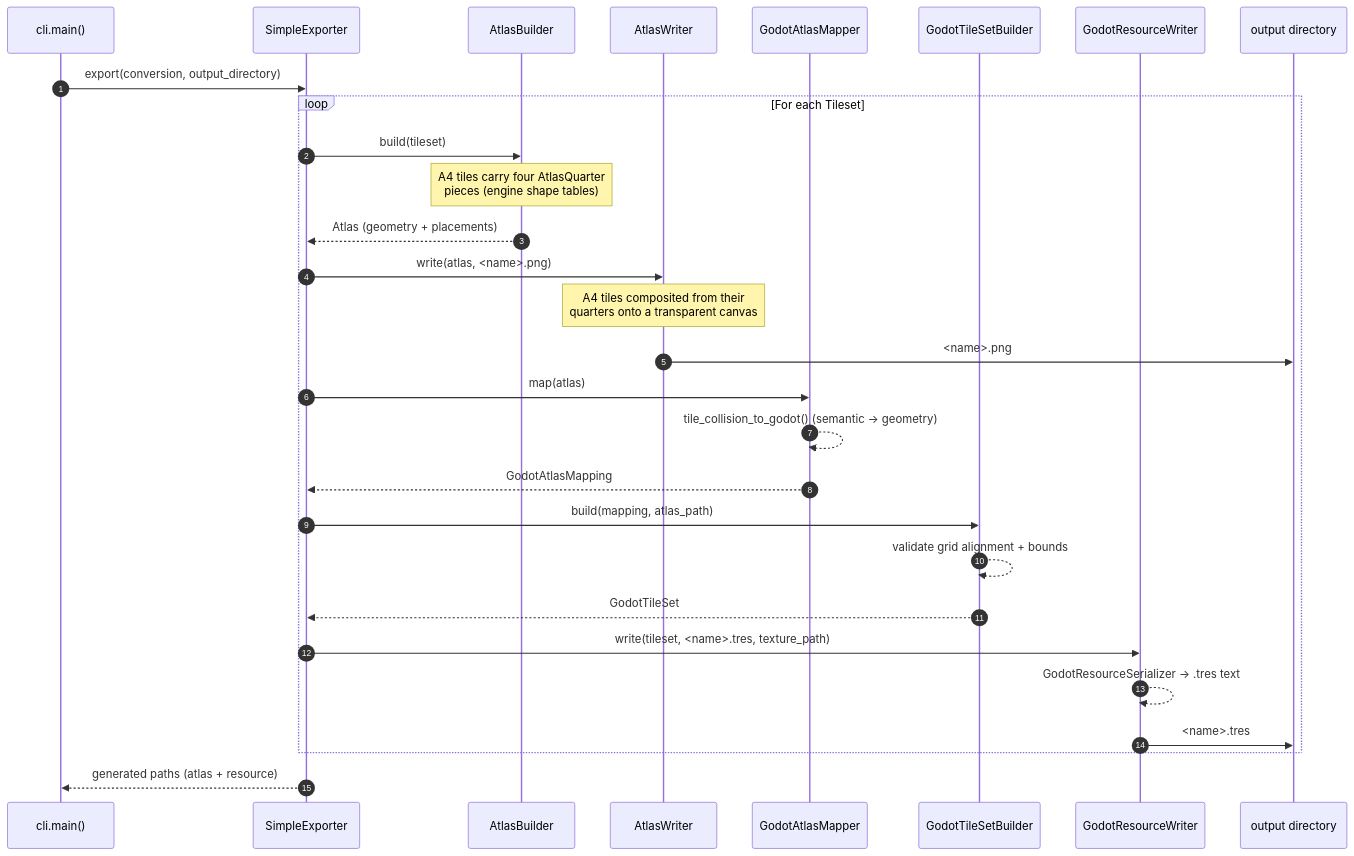
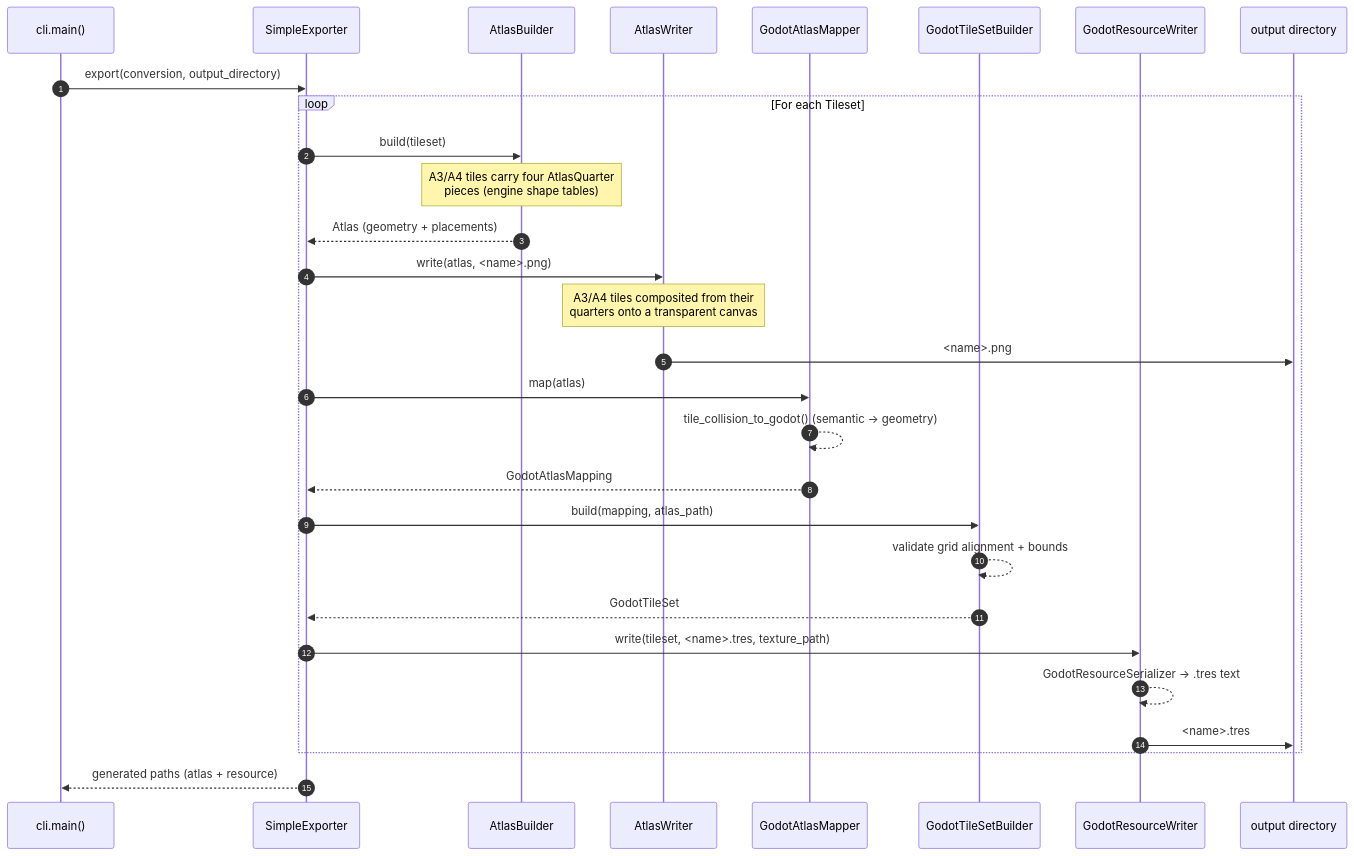
Before and after one commit to ultra-sonic-28/rpgmaker2godot: the fourth of 4 diagrams in README.md, drawn with Mermaid. The commit also changed other lines of this file and 22 other files, not shown here.

````diff
--- a/README.md
+++ b/README.md
@@ -499,32 +531,32 @@
 ```mermaid
 sequenceDiagram
     autonumber
     participant CLI as cli.main()
     participant E as SimpleExporter
     participant AB as AtlasBuilder
     participant AW as AtlasWriter
     participant GM as GodotAtlasMapper
     participant TB as GodotTileSetBuilder
     participant RW as GodotResourceWriter
     participant FS as output directory
 
     CLI->>E: export(conversion, output_directory)
     loop For each Tileset
         E->>AB: build(tileset)
-        Note over AB: A4 tiles carry four AtlasQuarter<br/>pieces (engine shape tables)
+        Note over AB: A3/A4 tiles carry four AtlasQuarter<br/>pieces (engine shape tables)
         AB-->>E: Atlas (geometry + placements)
         E->>AW: write(atlas, <name>.png)
-        Note over AW: A4 tiles composited from their<br/>quarters onto a transparent canvas
+        Note over AW: A3/A4 tiles composited from their<br/>quarters onto a transparent canvas
         AW->>FS: <name>.png
         E->>GM: map(atlas)
         GM-->>GM: tile_collision_to_godot() (semantic → geometry)
         GM-->>E: GodotAtlasMapping
         E->>TB: build(mapping, atlas_path)
         TB-->>TB: validate grid alignment + bounds
         TB-->>E: GodotTileSet
         E->>RW: write(tileset, <name>.tres, texture_path)
         RW-->>RW: GodotResourceSerializer → .tres text
         RW->>FS: <name>.tres
     end
     E-->>CLI: generated paths (atlas + resource)
 ```
````
